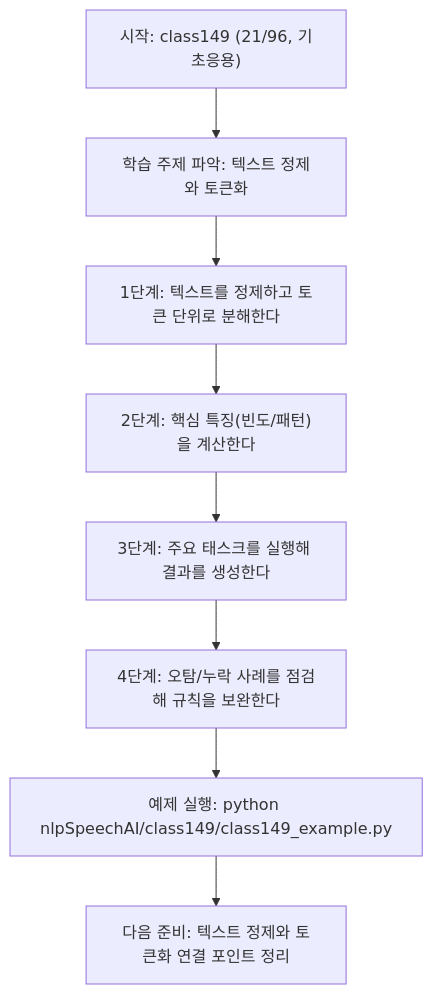
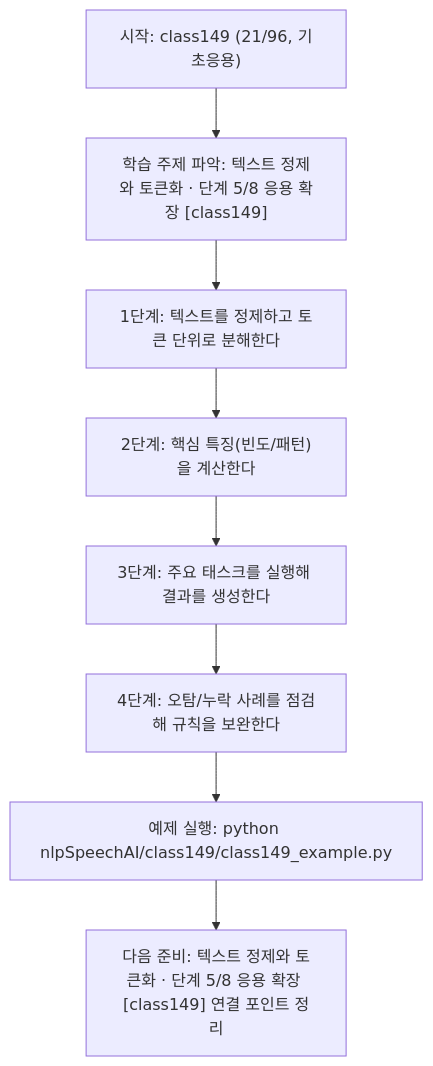
The diagram in nlpSpeechAI/class149/class149.md (edumgt/Python-AI_Agent-Class), drawn with Mermaid before and after one commit. The commit also changed other lines of this file and 522 other files, not shown here.

````diff
--- a/nlpSpeechAI/class149/class149.md
+++ b/nlpSpeechAI/class149/class149.md
@@ -113,18 +114,18 @@
 ```mermaid
 flowchart TD
 N1["시작: class149 (21/96, 기초응용)"]
-N2["학습 주제 파악: 텍스트 정제와 토큰화"]
+N2["학습 주제 파악: 텍스트 정제와 토큰화 · 단계 5/8 응용 확장 [class149]"]
 N3["1단계: 텍스트를 정제하고 토큰 단위로 분해한다"]
 N4["2단계: 핵심 특징(빈도/패턴)을 계산한다"]
 N5["3단계: 주요 태스크를 실행해 결과를 생성한다"]
 N6["4단계: 오탐/누락 사례를 점검해 규칙을 보완한다"]
 N7["예제 실행: python nlpSpeechAI/class149/class149_example.py"]
-N8["다음 준비: 텍스트 정제와 토큰화 연결 포인트 정리"]
+N8["다음 준비: 텍스트 정제와 토큰화 · 단계 5/8 응용 확장 [class149] 연결 포인트 정리"]
 N1 --> N2
 N2 --> N3
 N3 --> N4
 N4 --> N5
 N5 --> N6
 N6 --> N7
 N7 --> N8
 ```
````
